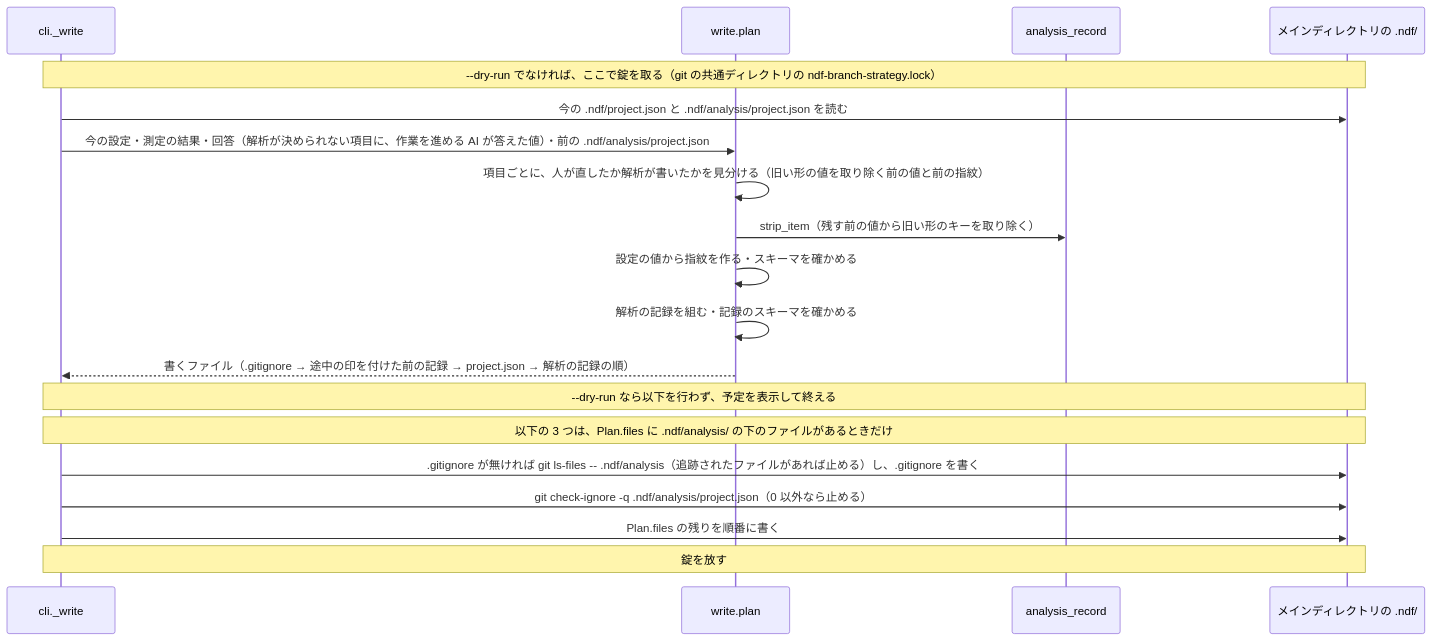
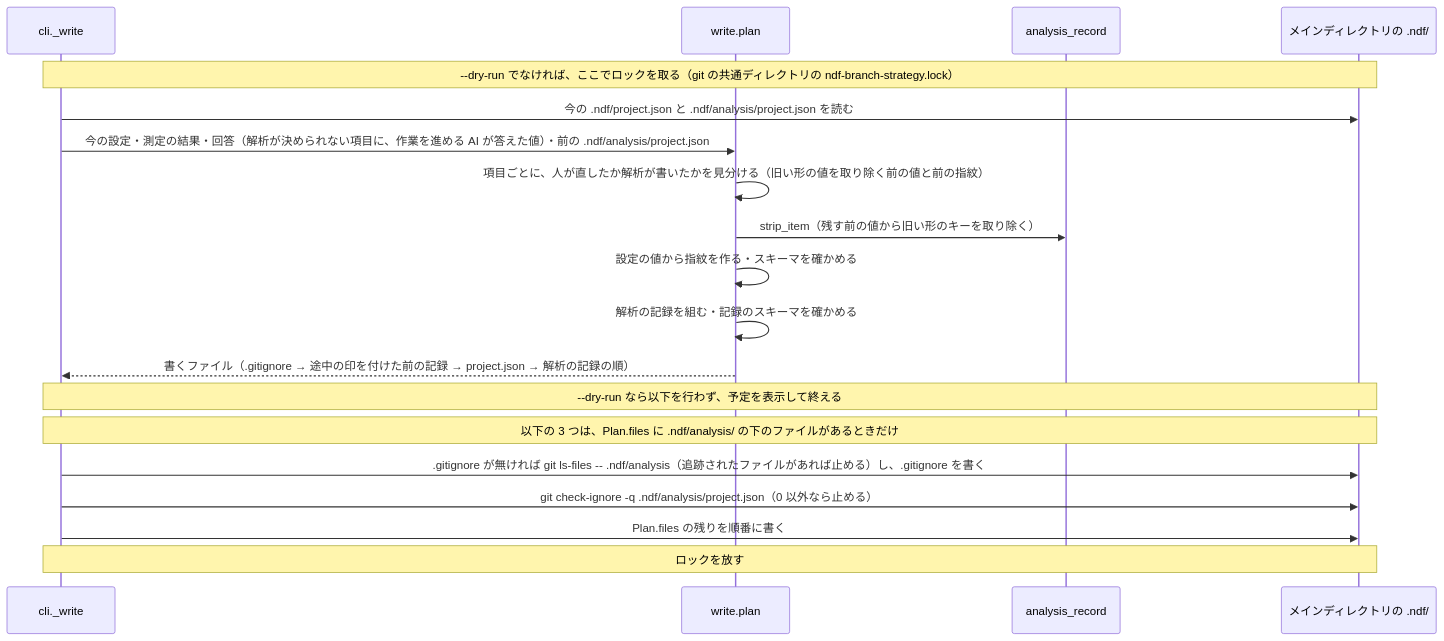
One commit to devbasex/ai-plugins changed the third of 3 diagrams in issues/issue-4516-design.md. Above: the diagram before and after it, drawn with Mermaid. The commit also changed other lines of this file and 2 other files, not shown here.

````diff
--- a/issues/issue-4516-design.md
+++ b/issues/issue-4516-design.md
@@ -203,21 +203,21 @@
 ```mermaid
 sequenceDiagram
   participant CLI as cli._write
   participant W as write.plan
   participant AR as analysis_record
   participant FS as メインディレクトリの .ndf/
-  Note over CLI,FS: --dry-run でなければ、ここで錠を取る（git の共通ディレクトリの ndf-branch-strategy.lock）
+  Note over CLI,FS: --dry-run でなければ、ここでロックを取る（git の共通ディレクトリの ndf-branch-strategy.lock）
   CLI->>FS: 今の .ndf/project.json と .ndf/analysis/project.json を読む
   CLI->>W: 今の設定・測定の結果・回答（解析が決められない項目に、作業を進める AI が答えた値）・前の .ndf/analysis/project.json
   W->>W: 項目ごとに、人が直したか解析が書いたかを見分ける（旧い形の値を取り除く前の値と前の指紋）
   W->>AR: strip_item（残す前の値から旧い形のキーを取り除く）
   W->>W: 設定の値から指紋を作る・スキーマを確かめる
   W->>W: 解析の記録を組む・記録のスキーマを確かめる
   W-->>CLI: 書くファイル（.gitignore → 途中の印を付けた前の記録 → project.json → 解析の記録の順）
   Note over CLI,FS: --dry-run なら以下を行わず、予定を表示して終える
   Note over CLI,FS: 以下の 3 つは、Plan.files に .ndf/analysis/ の下のファイルがあるときだけ
   CLI->>FS: .gitignore が無ければ git ls-files -- .ndf/analysis（追跡されたファイルがあれば止める）し、.gitignore を書く
   CLI->>FS: git check-ignore -q .ndf/analysis/project.json（0 以外なら止める）
   CLI->>FS: Plan.files の残りを順番に書く
-  Note over CLI,FS: 錠を放す
+  Note over CLI,FS: ロックを放す
 ```
````
